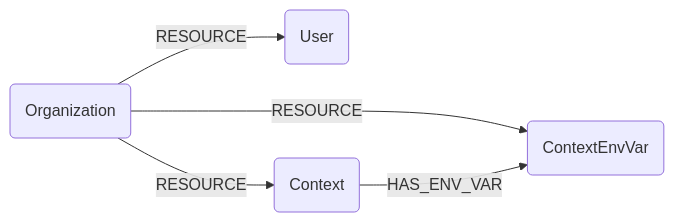
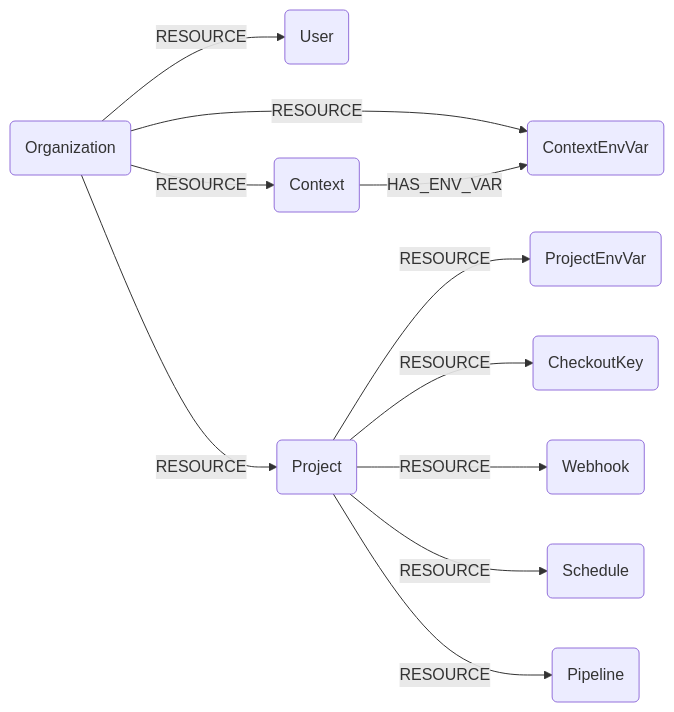
One commit to cartography-cncf/cartography changed the diagram in docs/root/modules/circleci/schema.md. Above: the diagram before and after it, drawn with Mermaid. The commit also changed other lines of this file and 26 other files, not shown here.

First line of the commit message:
feat(circleci): add project-scoped resources (projects, env vars, keys, webhooks, schedules, pipelines)

````diff
--- a/docs/root/modules/circleci/schema.md
+++ b/docs/root/modules/circleci/schema.md
@@ -3,7 +3,13 @@
 ```mermaid
 graph LR
 O(Organization) -- RESOURCE --> U(User)
 O -- RESOURCE --> C(Context)
 O -- RESOURCE --> CEV(ContextEnvVar)
 C -- HAS_ENV_VAR --> CEV
+O -- RESOURCE --> P(Project)
+P -- RESOURCE --> PEV(ProjectEnvVar)
+P -- RESOURCE --> CK(CheckoutKey)
+P -- RESOURCE --> W(Webhook)
+P -- RESOURCE --> S(Schedule)
+P -- RESOURCE --> PL(Pipeline)
 ```
````
